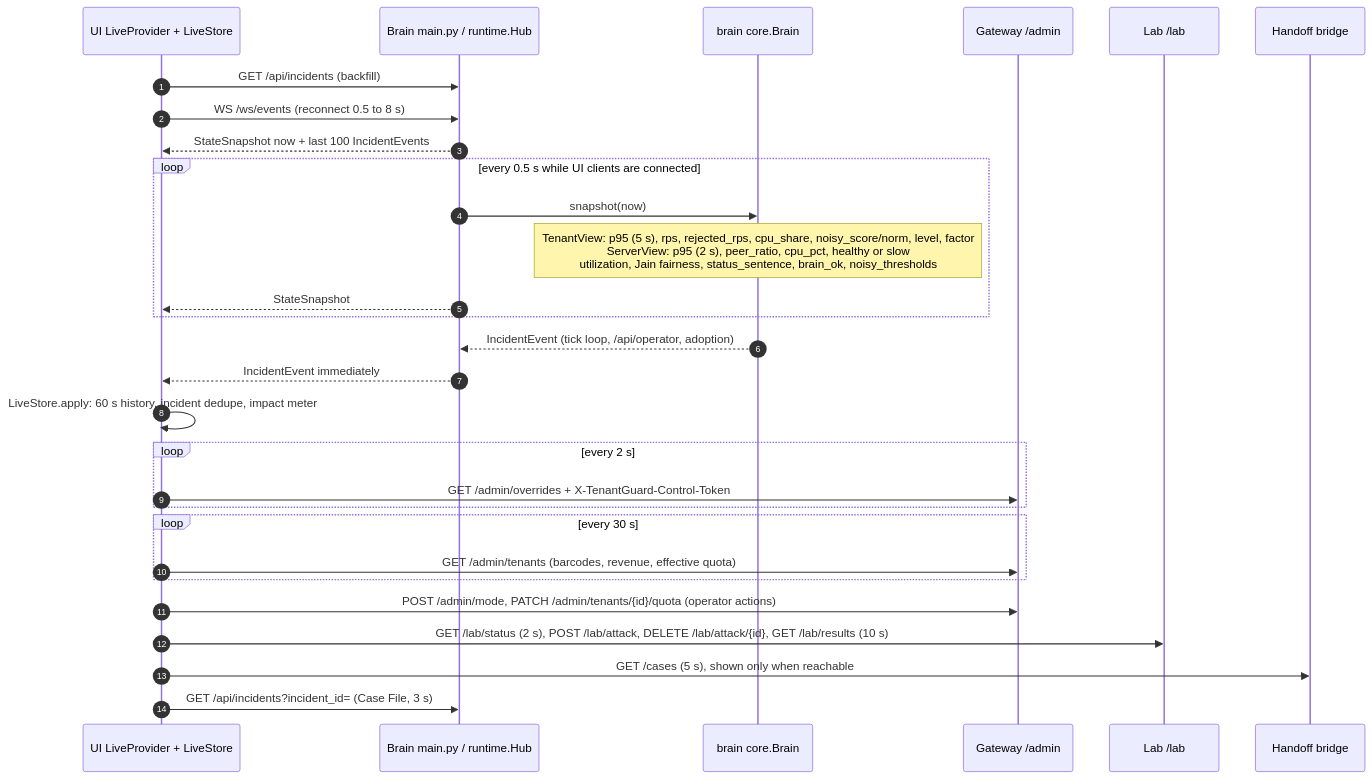
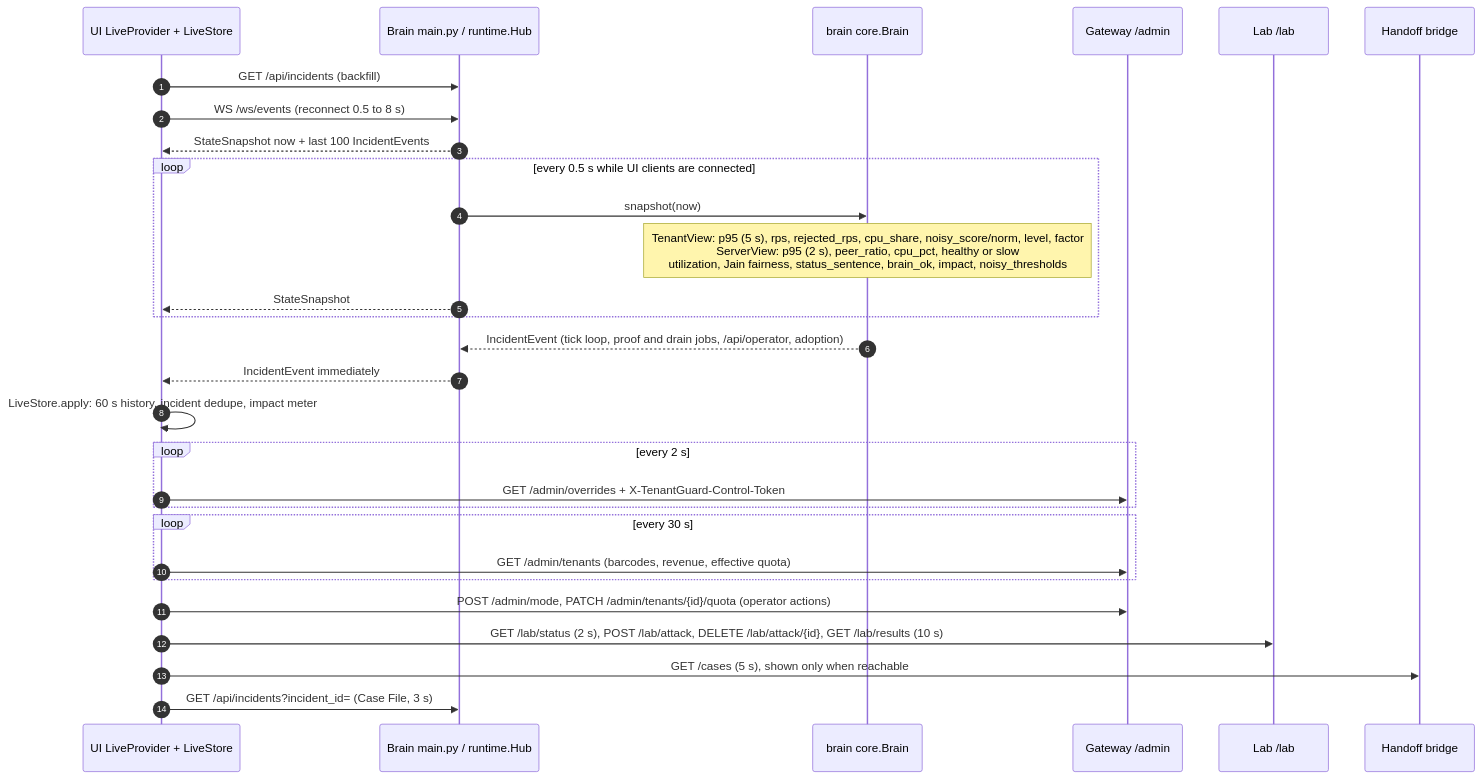
Before and after one commit to yashodeepchaudhari/tenantguard: diagram 13 of 13 in prototype-docs/05_SEQUENCE_DIAGRAMS.md, drawn with Mermaid. The commit also changed other lines of this file and 23 other files, not shown here.

Commit message:
Prototype docs: catalogs, sequences, config, risks and testing describe the final master; new billing catalog

````diff
--- a/prototype-docs/05_SEQUENCE_DIAGRAMS.md
+++ b/prototype-docs/05_SEQUENCE_DIAGRAMS.md
@@ -436,32 +713,32 @@
 ```mermaid
 sequenceDiagram
     autonumber
     participant UI as UI LiveProvider + LiveStore
     participant BR as Brain main.py / runtime.Hub
     participant BC as brain core.Brain
     participant GW as Gateway /admin
     participant LB as Lab /lab
     participant HO as Handoff bridge
 
     UI->>BR: GET /api/incidents (backfill)
     UI->>BR: WS /ws/events (reconnect 0.5 to 8 s)
     BR-->>UI: StateSnapshot now + last 100 IncidentEvents
     loop every 0.5 s while UI clients are connected
         BR->>BC: snapshot(now)
-        Note over BC: TenantView: p95 (5 s), rps, rejected_rps, cpu_share, noisy_score/norm, level, factor<br/>ServerView: p95 (2 s), peer_ratio, cpu_pct, healthy or slow<br/>utilization, Jain fairness, status_sentence, brain_ok, noisy_thresholds
+        Note over BC: TenantView: p95 (5 s), rps, rejected_rps, cpu_share, noisy_score/norm, level, factor<br/>ServerView: p95 (2 s), peer_ratio, cpu_pct, healthy or slow<br/>utilization, Jain fairness, status_sentence, brain_ok, impact, noisy_thresholds
         BR-->>UI: StateSnapshot
     end
-    BC-->>BR: IncidentEvent (tick loop, /api/operator, adoption)
+    BC-->>BR: IncidentEvent (tick loop, proof and drain jobs, /api/operator, adoption)
     BR-->>UI: IncidentEvent immediately
     UI->>UI: LiveStore.apply: 60 s history, incident dedupe, impact meter
     loop every 2 s
         UI->>GW: GET /admin/overrides + X-TenantGuard-Control-Token
     end
     loop every 30 s
         UI->>GW: GET /admin/tenants (barcodes, revenue, effective quota)
     end
     UI->>GW: POST /admin/mode, PATCH /admin/tenants/{id}/quota (operator actions)
     UI->>LB: GET /lab/status (2 s), POST /lab/attack, DELETE /lab/attack/{id}, GET /lab/results (10 s)
     UI->>HO: GET /cases (5 s), shown only when reachable
     UI->>BR: GET /api/incidents?incident_id= (Case File, 3 s)
 ```
````
